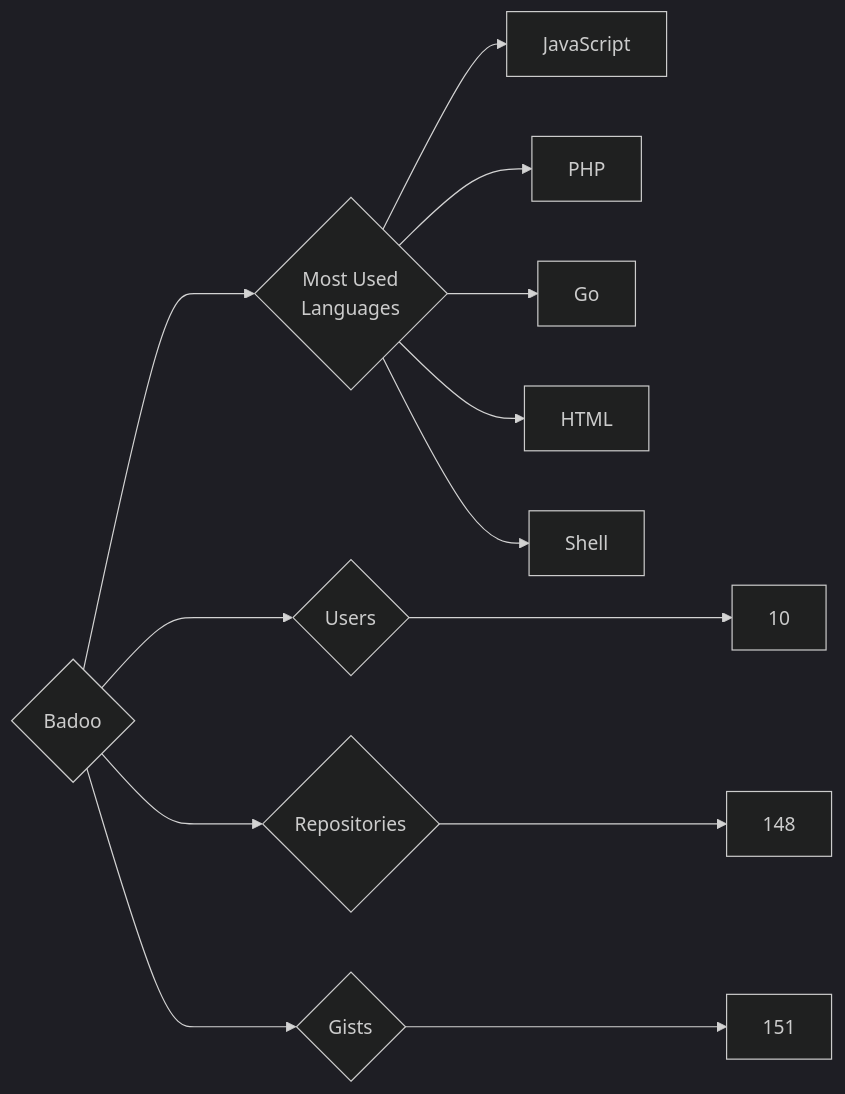
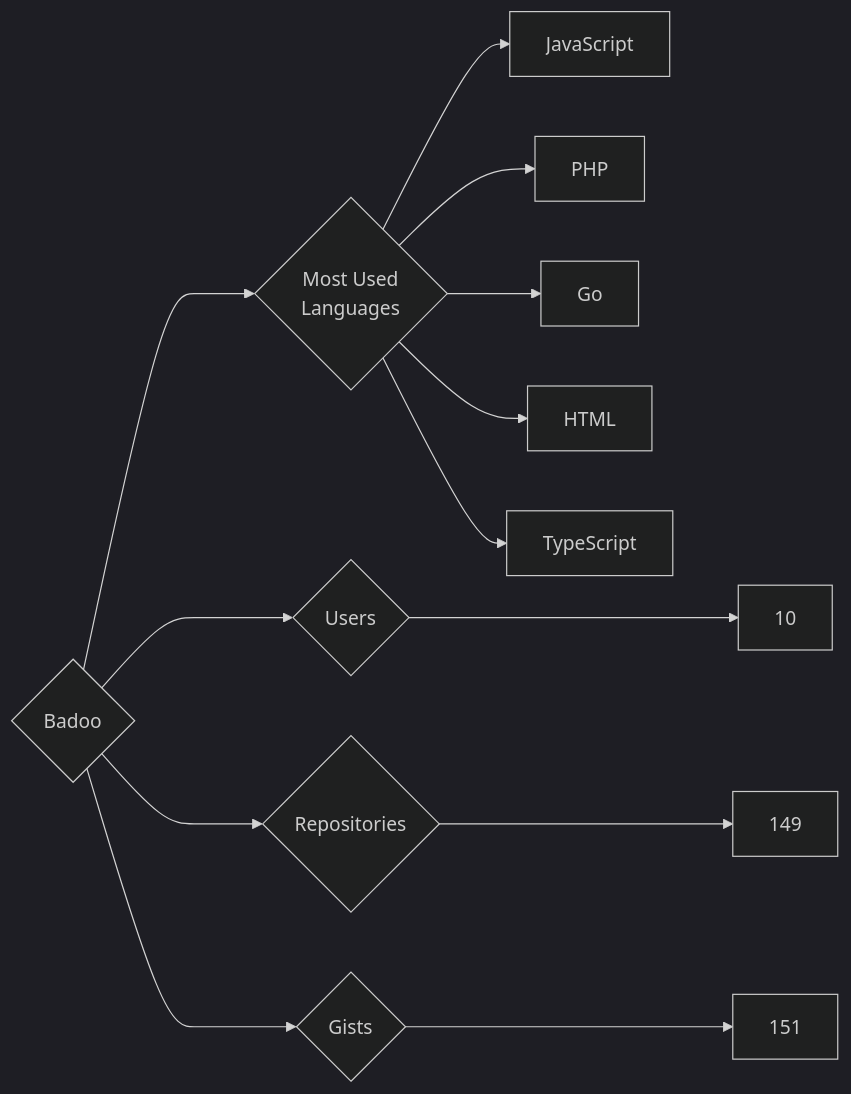
The diagram in targets/Badoo/README.md (trickest/insiders), drawn with Mermaid (dark theme) before and after one commit. The commit also changed 715 other files, not shown here.

````diff
--- a/targets/Badoo/README.md
+++ b/targets/Badoo/README.md
@@ -3,13 +3,13 @@
 ```mermaid
 graph LR
 COMPANY_NAME{Badoo}
 COMPANY_NAME ---> U{Users} ---> UN[10]
-COMPANY_NAME ---> R{Repositories} ---> RN[148]
+COMPANY_NAME ---> R{Repositories} ---> RN[149]
 COMPANY_NAME ---> G{Gists} ---> GN[151]
 COMPANY_NAME ---> ML{Most Used<br>Languages}
 ML --> JavaScript[JavaScript]
 ML --> PHP[PHP]
 ML --> Go[Go]
 ML --> HTML[HTML]
-ML --> Shell[Shell]
+ML --> TypeScript[TypeScript]
 ```
````
